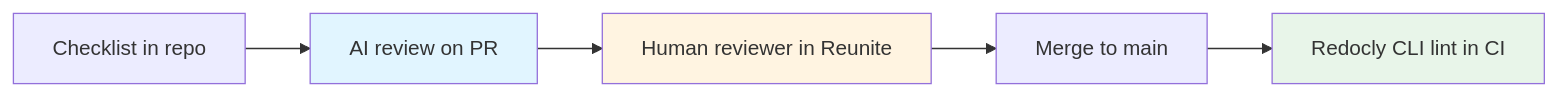
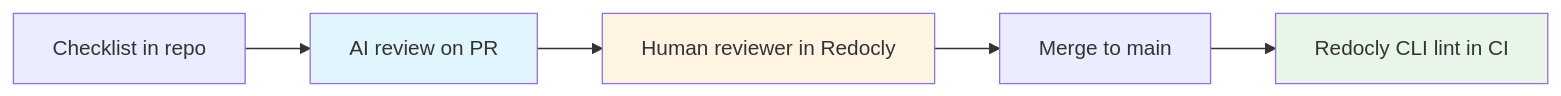
The diagram in learn/ai-for-docs/ai-enforce-tone-style-consistency-across-docs.md (riboflavin/redocly-site), drawn with Mermaid before and after one commit. The commit also changed other lines of this file and 105 other files, not shown here.

````diff
--- a/learn/ai-for-docs/ai-enforce-tone-style-consistency-across-docs.md
+++ b/learn/ai-for-docs/ai-enforce-tone-style-consistency-across-docs.md
@@ -68,11 +68,11 @@
 ```mermaid
 graph LR
   C[Checklist in repo] --> A[AI review on PR]
-  A --> R[Human reviewer in Reunite]
+  A --> R[Human reviewer in Redocly]
   R --> M[Merge to main]
   M --> L[Redocly CLI lint in CI]
 
   style A fill:#e1f5ff
   style R fill:#fff4e1
   style L fill:#e8f5e9
 ```
````
